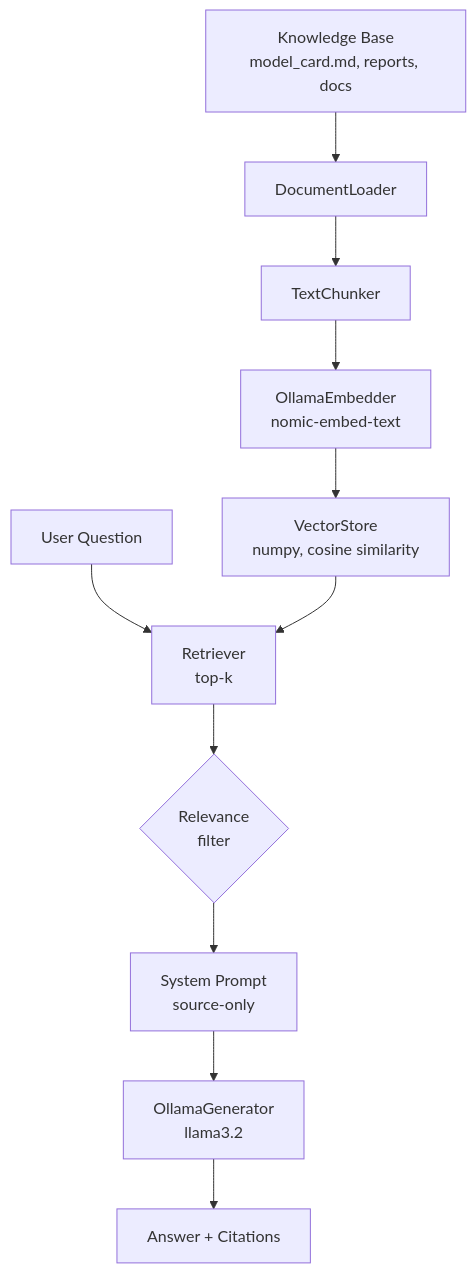
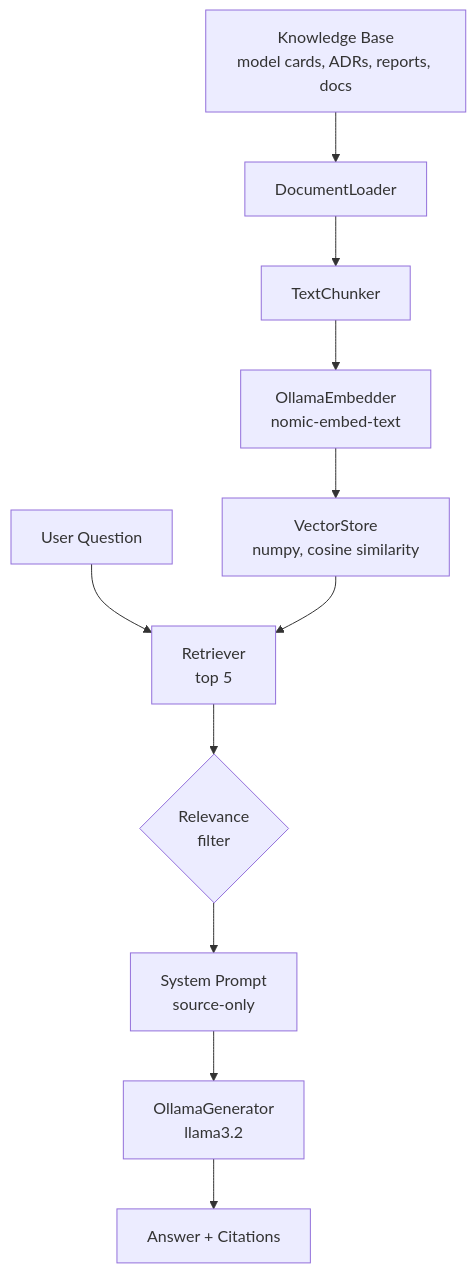
One commit to SumukhaK/football-intelligence-platform changed the third of 3 diagrams in docs/showcase/project-showcase.md. Above: the diagram before and after it, drawn with Mermaid. The commit also changed other lines of this file and 34 other files, not shown here.

````diff
--- a/docs/showcase/project-showcase.md
+++ b/docs/showcase/project-showcase.md
@@ -122,13 +142,13 @@
 ```mermaid
 flowchart TD
-    A[Knowledge Base\nmodel_card.md, reports, docs] --> B[DocumentLoader]
+    A[Knowledge Base\nmodel cards, ADRs, reports, docs] --> B[DocumentLoader]
     B --> C[TextChunker]
     C --> D[OllamaEmbedder\nnomic-embed-text]
     D --> E[VectorStore\nnumpy, cosine similarity]
-    Q[User Question] --> F[Retriever\ntop-k]
+    Q[User Question] --> F[Retriever\ntop 5]
     E --> F
     F --> G{Relevance\nfilter}
     G --> H[System Prompt\nsource-only]
     H --> I[OllamaGenerator\nllama3.2]
     I --> J[Answer + Citations]
 ```
````
